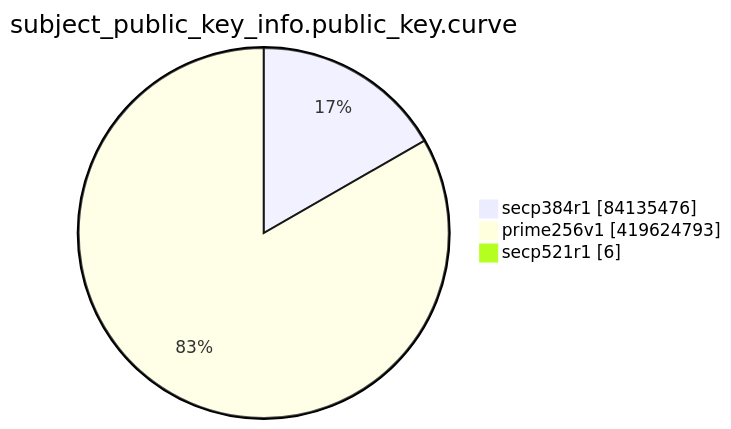
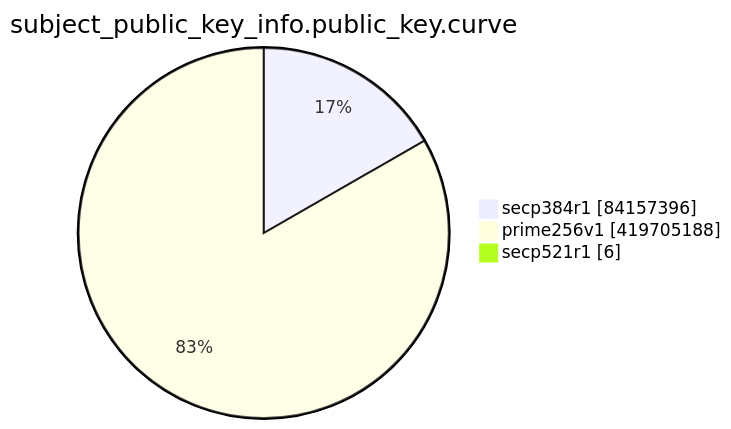
Before and after one commit to christiankrug/ctmonitor_visualization: the eighth of 15 diagrams in TOTAL/README.md, drawn with Mermaid. The commit also changed other lines of this file, not shown here.

````diff
--- a/TOTAL/README.md
+++ b/TOTAL/README.md
@@ -3099,7 +3099,7 @@
 ```mermaid
 pie showData
 title subject_public_key_info.public_key.curve
-"secp384r1" :84135476
-"prime256v1" :419624793
+"secp384r1" :84157396
+"prime256v1" :419705188
 "secp521r1" :6
 ```
````
